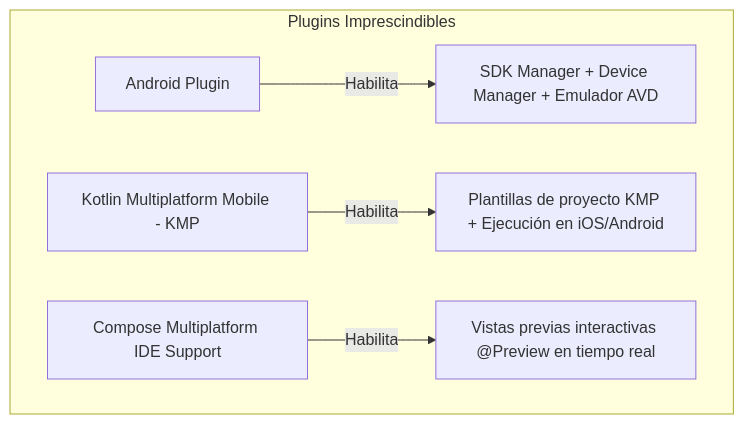
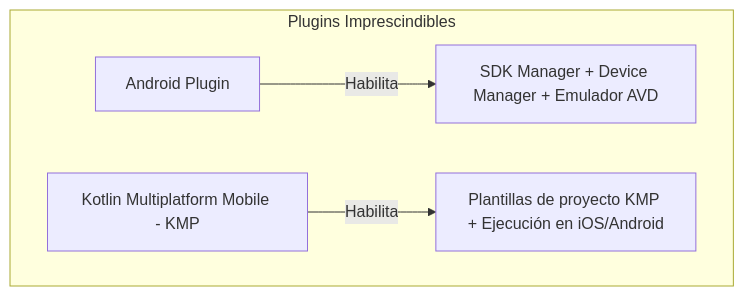
The fourth of 5 diagrams in docs/temas/00-android/00-ide-intellij/index.md (jssdocente/pmdm2627d), drawn with Mermaid before and after one commit. The commit also changed other lines of this file and 2 other files, not shown here.

````diff
--- a/docs/temas/00-android/00-ide-intellij/index.md
+++ b/docs/temas/00-android/00-ide-intellij/index.md
@@ -169,8 +169,7 @@
 ```mermaid
 graph TD
     subgraph Plugins Imprescindibles
         P1[Android Plugin] -->|Habilita| F1[SDK Manager + Device Manager + Emulador AVD]
         P2[Kotlin Multiplatform Mobile - KMP] -->|Habilita| F2[Plantillas de proyecto KMP + Ejecución en iOS/Android]
-        P3[Compose Multiplatform IDE Support] -->|Habilita| F3[Vistas previas interactivas @Preview en tiempo real]
     end
 ```
````
